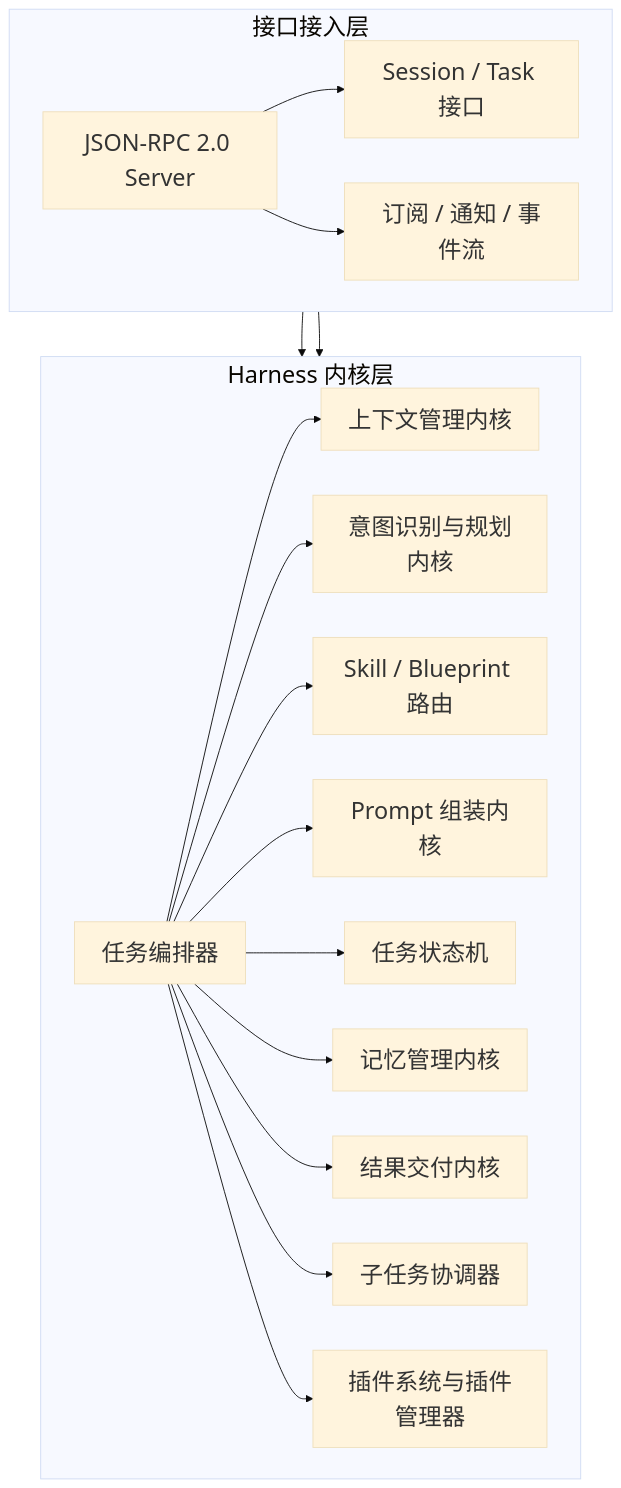
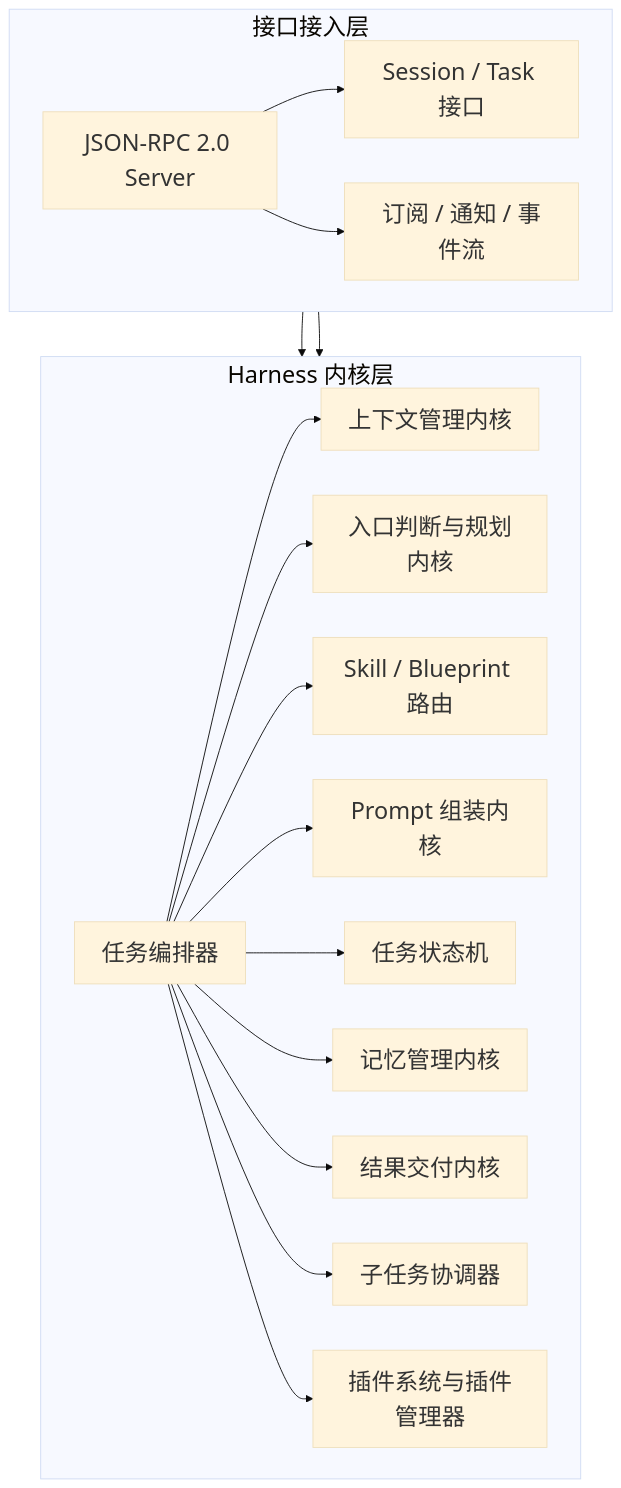
The second of 32 diagrams in docs/module-design.md (gdemonc/CialloClaw), drawn with Mermaid before and after one commit. The commit also changed other lines of this file and 4 other files, not shown here.

Commit message:
docs(agent-loop): align architecture and contributor rules

````diff
--- a/docs/module-design.md
+++ b/docs/module-design.md
@@ -703,39 +703,39 @@
 ```mermaid
 %%{init: {'theme': 'base', 'themeVariables': { 'fontSize': '26px'}}}%%
 flowchart TB
     subgraph B1[接口接入层]
         direction LR
         JRPCS[JSON-RPC 2.0 Server]
         SESSION[Session / Task 接口]
         STREAM[订阅 / 通知 / 事件流]
     end
 
     subgraph B2[Harness 内核层]
         direction LR
         ORCH[任务编排器]
         CTXM[上下文管理内核]
-        INTENT[意图识别与规划内核]
+        INTENT[入口判断与规划内核]
         SKILL[Skill / Blueprint 路由]
         PROMPT[Prompt 组装内核]
         TASK[任务状态机]
         MEMORY[记忆管理内核]
         DELIVERY[结果交付内核]
         SUBAGENT[子任务协调器]
         PLUGIN[插件系统与插件管理器]
     end
 
     JRPCS --> SESSION
     JRPCS --> STREAM
     SESSION --> ORCH
     STREAM --> ORCH
 
     ORCH --> CTXM
     ORCH --> INTENT
     ORCH --> SKILL
     ORCH --> PROMPT
     ORCH --> TASK
     ORCH --> MEMORY
     ORCH --> DELIVERY
     ORCH --> SUBAGENT
     ORCH --> PLUGIN
 ```
````
